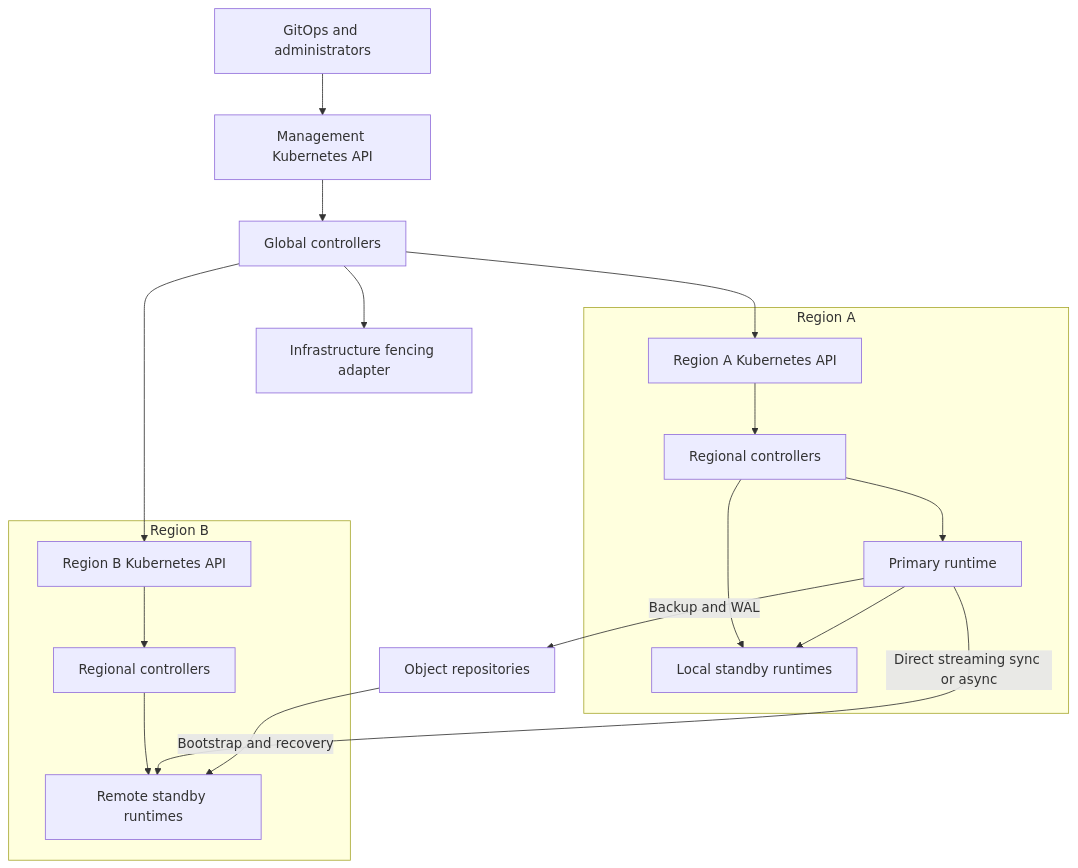
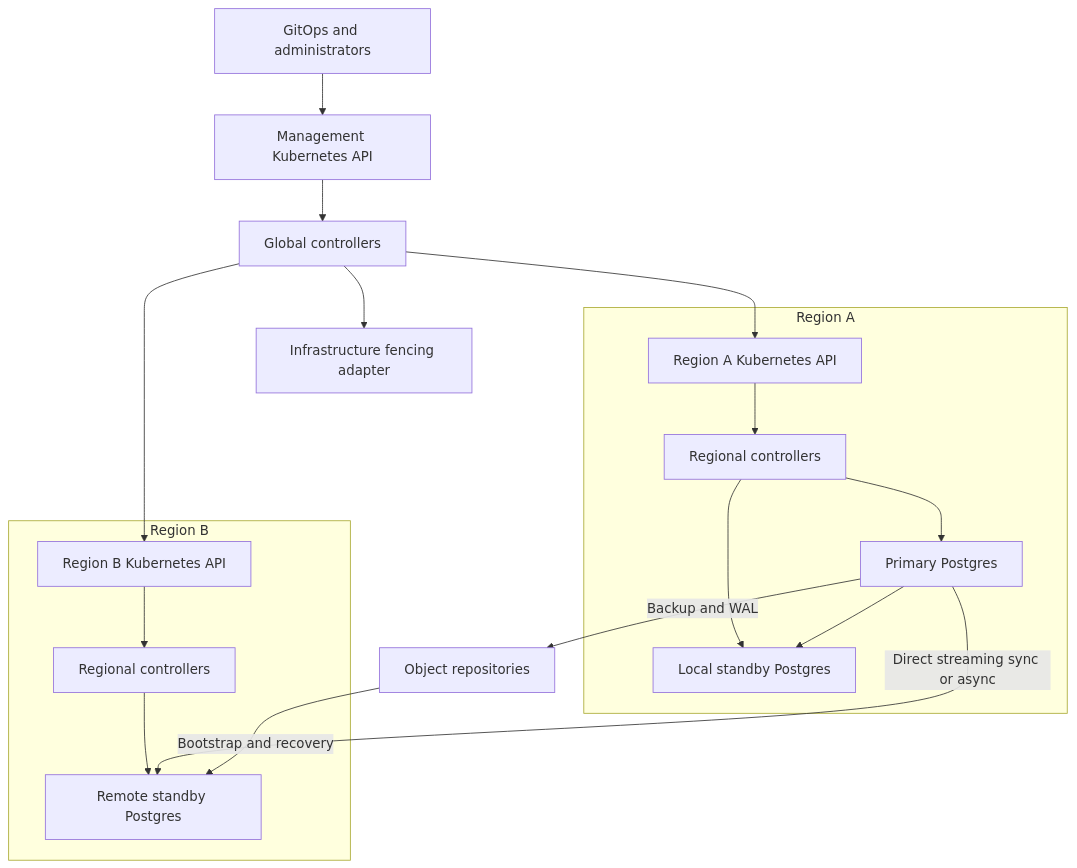
The first of 2 diagrams in docs/design.md (vsamidurai/PostgresManager), drawn with Mermaid before and after one commit. The commit also changed other lines of this file and 29 other files, not shown here.

````diff
--- a/docs/design.md
+++ b/docs/design.md
@@ -48,21 +52,21 @@
 ```mermaid
 flowchart TB
     GitOps[GitOps and administrators] --> API[Management Kubernetes API]
     API --> Global[Global controllers]
     Global --> AAPI[Region A Kubernetes API]
     Global --> BAPI[Region B Kubernetes API]
     subgraph A[Region A]
         AAPI --> RA[Regional controllers]
-        RA --> AP[Primary runtime]
-        RA --> AR[Local standby runtimes]
+        RA --> AP[Primary Postgres]
+        RA --> AR[Local standby Postgres]
         AP --> AR
     end
     subgraph B[Region B]
         BAPI --> RB[Regional controllers]
-        RB --> BR[Remote standby runtimes]
+        RB --> BR[Remote standby Postgres]
     end
     AP -->|Direct streaming sync or async| BR
     AP -->|Backup and WAL| Store[Object repositories]
     Store -->|Bootstrap and recovery| BR
     Global --> Fencer[Infrastructure fencing adapter]
 ```
````
